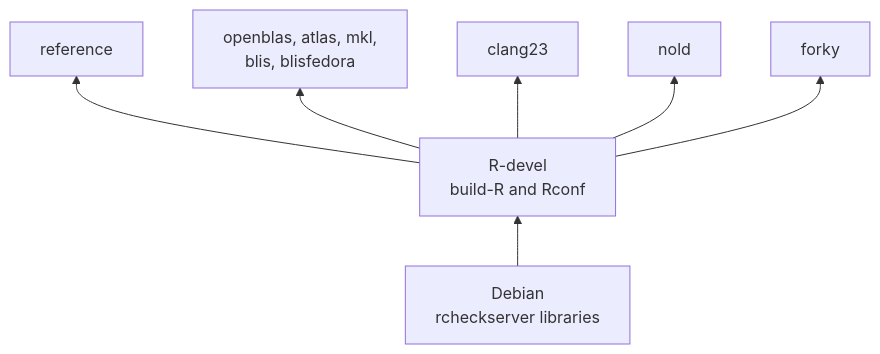
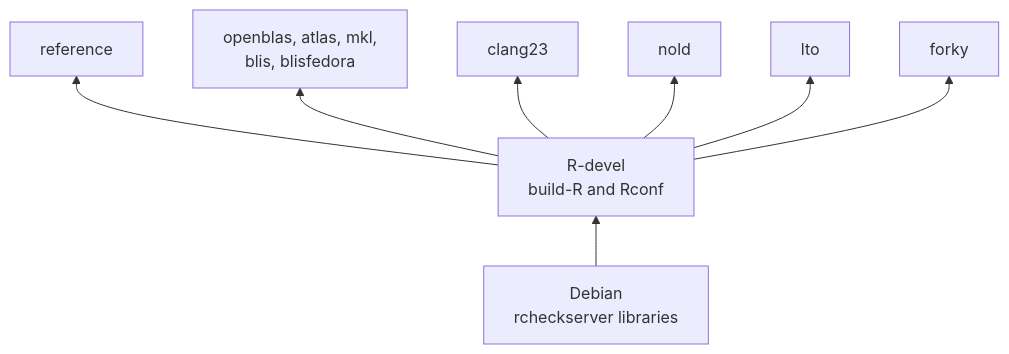
The first of 2 diagrams in README.md (coatless/docker-r-check), drawn with Mermaid before and after one commit. The commit also changed other lines of this file, not shown here.

Commit message:
describe the LTO arm in README.md

````diff
--- a/README.md
+++ b/README.md
@@ -19,12 +19,13 @@
 ```mermaid
 flowchart BT
     base["Debian<br/>rcheckserver libraries"]
     build["R-devel<br/>build-R and Rconf"]
     blas["openblas, atlas, mkl,<br/>blis, blisfedora"]
     base --> build
     build --> reference
     build --> blas
     build --> clang23
     build --> nold
+    build --> lto
     build --> forky
 ```
````
